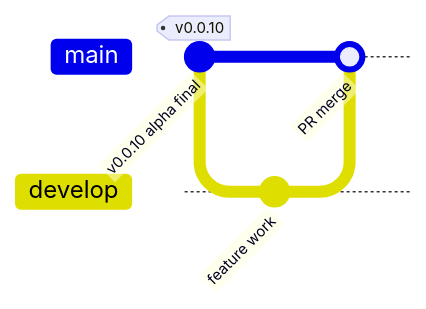
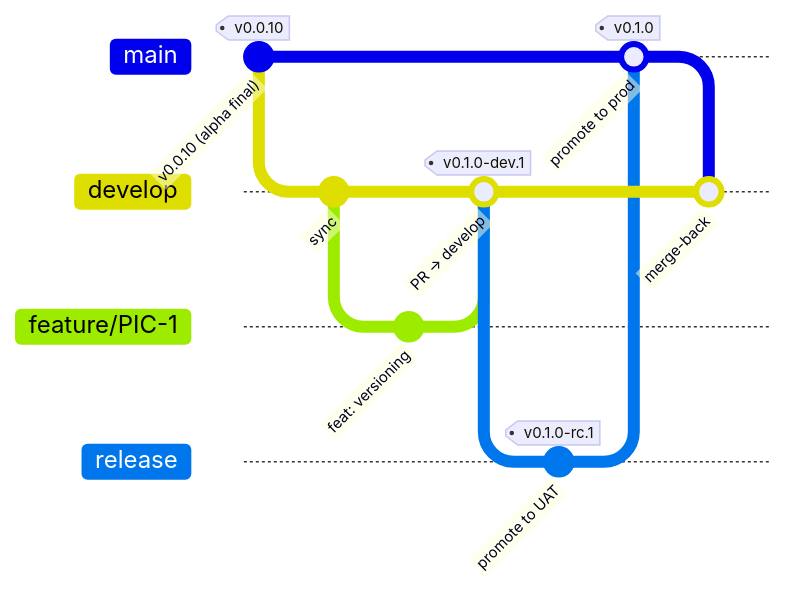
Before and after one commit to normaii/picasso: the second of 4 diagrams in docs/steering/memory.md, drawn with Mermaid. The commit also changed other lines of this file and 1 other file, not shown here.

Commit message:
docs(pic-1): ADR completo e steering memory atualizado com guardrails, branching, versionamento e ciclo de vida de tarefas

````diff
--- a/docs/steering/memory.md
+++ b/docs/steering/memory.md
@@ -122,8 +167,16 @@
 ```mermaid
 gitGraph
-    commit id: "v0.0.10 alpha final" tag: "v0.0.10"
-    branch develop
-    commit id: "feature work"
+    commit id: "v0.0.10 (alpha final)" tag: "v0.0.10"
+    branch develop order: 1
+    commit id: "sync"
+    branch feature/PIC-1 order: 2
+    commit id: "feat: versioning"
+    checkout develop
+    merge feature/PIC-1 id: "PR → develop" tag: "v0.1.0-dev.1"
+    branch release order: 3
+    commit id: "promote to UAT" tag: "v0.1.0-rc.1"
     checkout main
-    merge develop id: "PR merge"
+    merge release id: "promote to prod" tag: "v0.1.0"
+    checkout develop
+    merge main id: "merge-back"
 ```
````
